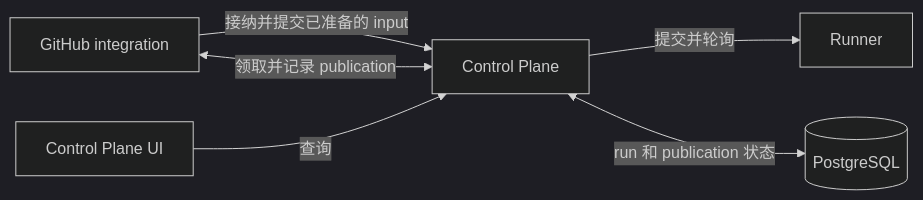
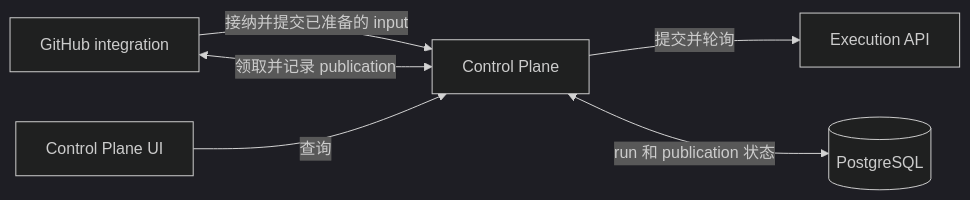
One commit to Agent-AI-Chalmers/sec-review-bot changed the first of 2 diagrams in control-plane/README.zh.md. Above: the diagram before and after it, drawn with Mermaid (dark theme). The commit also changed other lines of this file and 432 other files, not shown here.

````diff
--- a/control-plane/README.zh.md
+++ b/control-plane/README.zh.md
@@ -11,8 +11,8 @@
 ```mermaid
 flowchart LR
   integration[GitHub integration] -->|接纳并提交已准备的 input| control[Control Plane]
-  control -->|提交并轮询| runner[Runner]
+  control -->|提交并轮询| execution[Execution API]
   control <-->|run 和 publication 状态| postgres[(PostgreSQL)]
   integration <-->|领取并记录 publication| control
   ui[Control Plane UI] -->|查询| control
 ```
````
